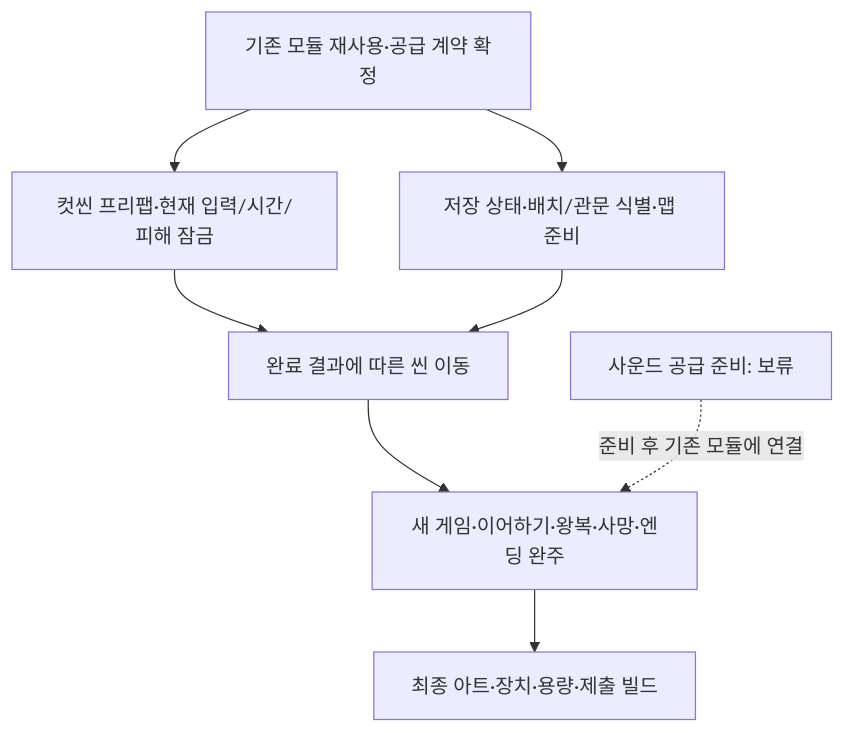
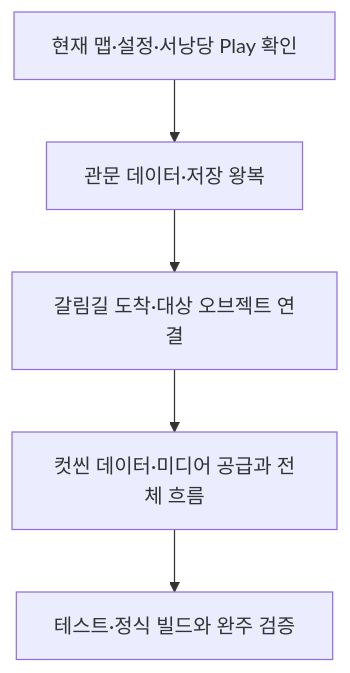
One commit to lkhwcf-arch/Human_Ghost- changed the diagram in Docs/개발자용 설계문서/남은 구현과 검증 작업.md. Above: the diagram before and after it, drawn with Mermaid. The commit also changed other lines of this file and 10 other files, not shown here.

````diff
--- a/Docs/개발자용 설계문서/남은 구현과 검증 작업.md
+++ b/Docs/개발자용 설계문서/남은 구현과 검증 작업.md
@@ -65,10 +7,7 @@
 ```mermaid
 flowchart TD
-    A[기존 모듈 재사용·공급 계약 확정] --> B[컷씬 프리팹·현재 입력/시간/피해 잠금]
-    A --> C[저장 상태·배치/관문 식별·맵 준비]
-    B --> D[완료 결과에 따른 씬 이동]
-    C --> D
-    D --> E[새 게임·이어하기·왕복·사망·엔딩 완주]
-    E --> F[최종 아트·장치·용량·제출 빌드]
-    G[사운드 공급 준비: 보류] -.준비 후 기존 모듈에 연결.-> E
+    A[현재 맵·설정·서낭당 Play 확인] --> B[관문 데이터·저장 왕복]
+    B --> C[갈림길 도착·대상 오브젝트 연결]
+    C --> D[컷씬 데이터·미디어 공급과 전체 흐름]
+    D --> E[테스트·정식 빌드와 완주 검증]
 ```
````
